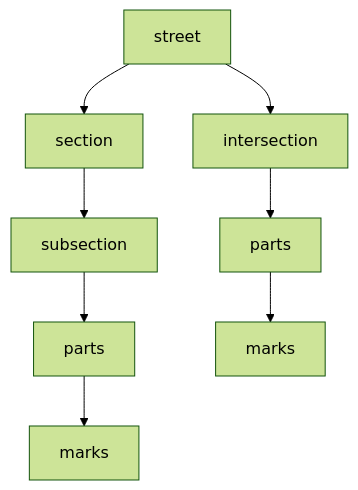
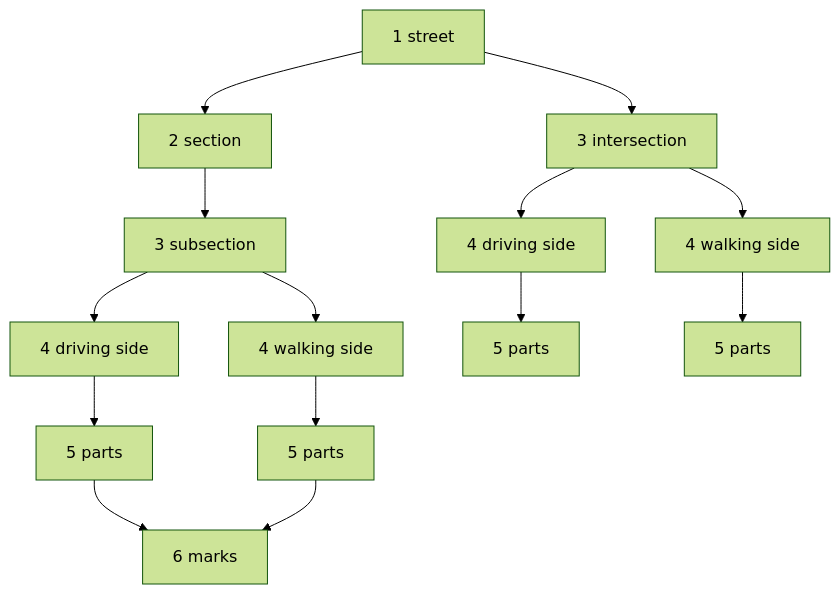
Before and after one commit to Khoshkhah/urbanstyle: the first of 3 diagrams in docs/design/steps.md, drawn with Mermaid (forest theme). The commit also changed other lines of this file and 1 other file, not shown here.

Commit message:
docs/design/steps.md: the hierarchy by rank, the side as rank 4 (agreed 2026-10-16, to be built); walking side and driving side as the words

````diff
--- a/docs/design/steps.md
+++ b/docs/design/steps.md
@@ -17,10 +17,16 @@
 ```mermaid
 flowchart TD
-    ST[street] --> SE[section]
-    SE --> SU[subsection]
-    ST --> IN[intersection]
-    SU --> P1[parts]
-    IN --> P2[parts]
-    P1 --> M1[marks]
-    P2 --> M2[marks]
+    ST[1 street] --> SE[2 section]
+    SE --> SU[3 subsection]
+    ST --> IN[3 intersection]
+    SU --> D1[4 driving side]
+    SU --> W1[4 walking side]
+    IN --> D2[4 driving side]
+    IN --> W2[4 walking side]
+    D1 --> P1[5 parts]
+    W1 --> P2[5 parts]
+    D2 --> P3[5 parts]
+    W2 --> P4[5 parts]
+    P1 --> M[6 marks]
+    P2 --> M
 ```
````
